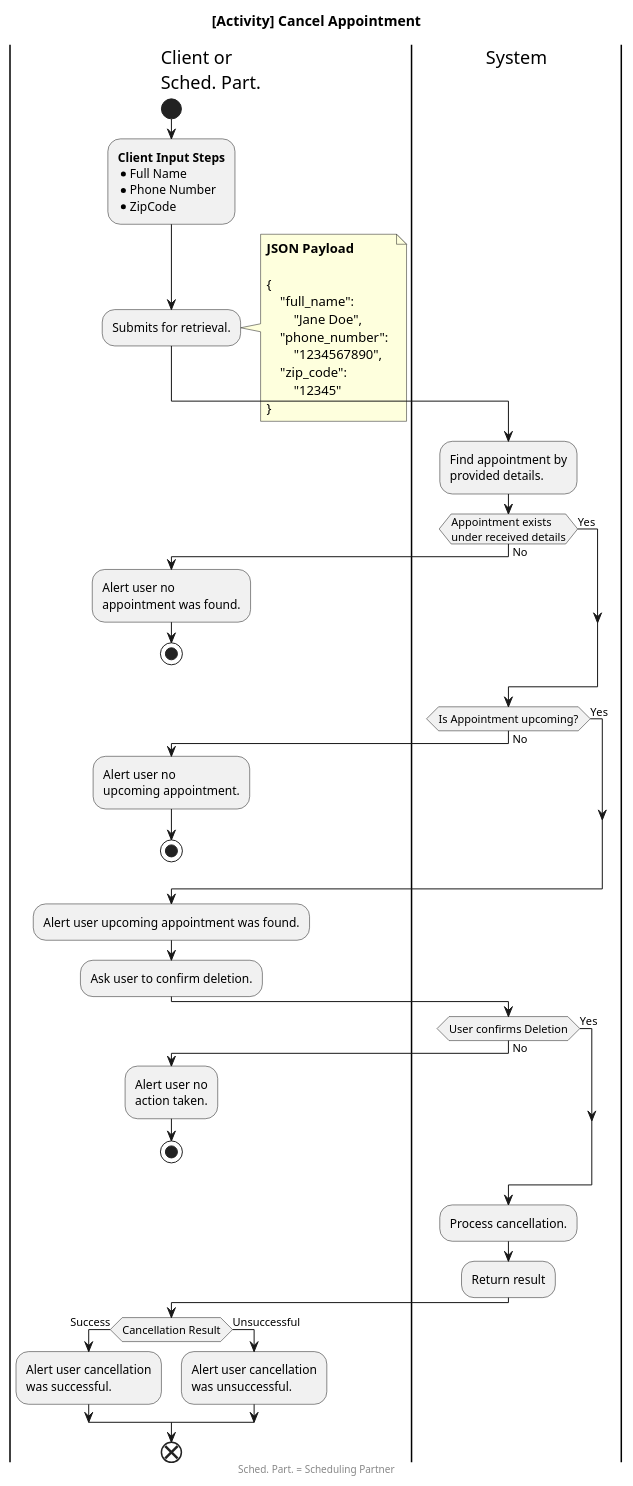
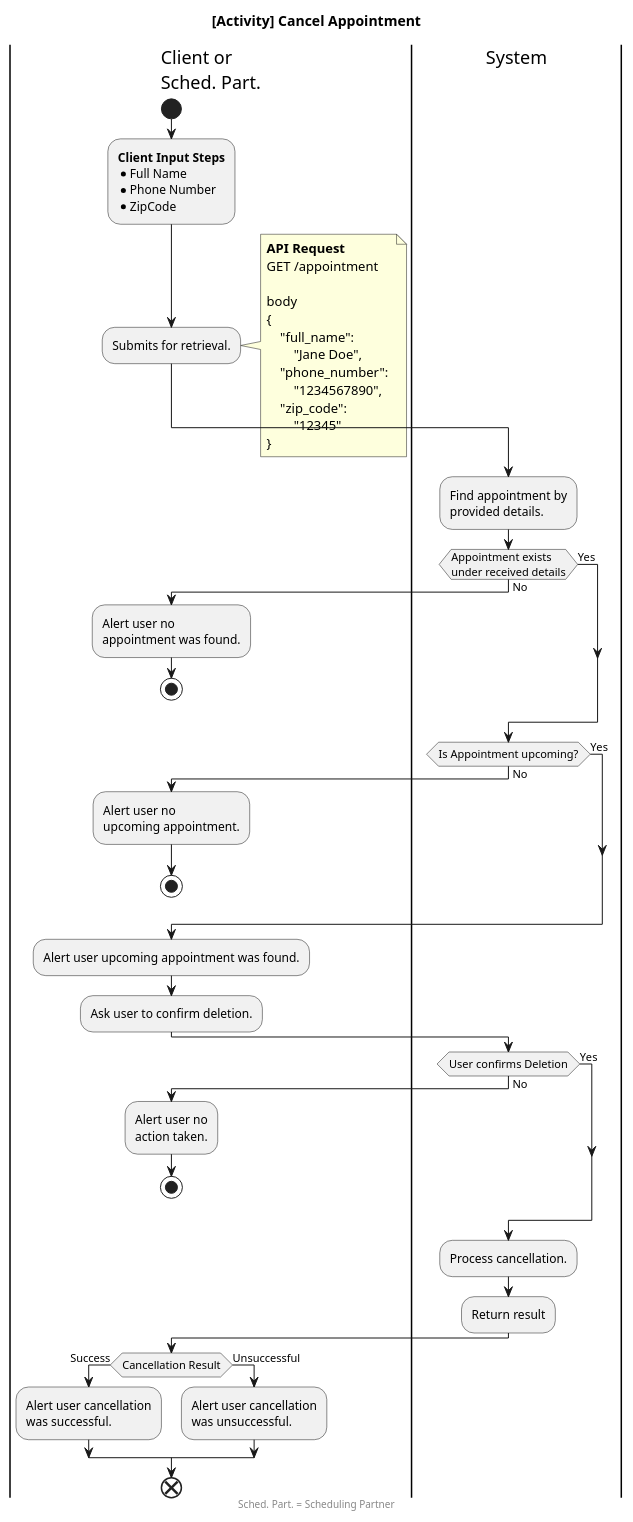
The diagram in diagrams/src/activity_diagrams/cancel_appointment.puml (ItzNxthaniel/cisc260-final-reservation-itznxthaniel), drawn with PlantUML before and after one commit. The commit also changed 1 other file, not shown here.

Commit message:
Refine cancel and screening acitivity diagrams.

```diff
--- a/diagrams/src/activity_diagrams/cancel_appointment.puml
+++ b/diagrams/src/activity_diagrams/cancel_appointment.puml
@@ -1,66 +1,68 @@
 @startuml "[Activity] VITA Reserve - Cancel Appointment"
 skinparam ConditionEndStyle hline
 title "[Activity] Cancel Appointment"
 
 |Client or\nSched. Part.|
 start
 :<b>Client Input Steps</b>
 * Full Name
 * Phone Number
 * ZipCode;
 :Submits for retrieval.;
 note right
-    **JSON Payload**
+    **API Request**
+    GET /appointment
     <font:monospaced>
+    body
     {
         "full_name":
             "Jane Doe",
         "phone_number": 
             "1234567890",
         "zip_code": 
             "12345"
     }
 end note
 
 |System|
 :Find appointment by\nprovided details.;
 if (Appointment exists\nunder received details) then (No) 
     |Client or\nSched. Part.|
     :Alert user no\nappointment was found.;
     stop
 else (Yes)
 endif
 
 |System|
 if (Is Appointment upcoming?) then (No)
     |Client or\nSched. Part.|
     :Alert user no\nupcoming appointment.;
     stop
 else (Yes)
 endif
 
 |Client or\nSched. Part.|
 :Alert user upcoming appointment was found.;
 :Ask user to confirm deletion.;
 
 |System|
 if (User confirms Deletion) then (No)
     |Client or\nSched. Part.|
     :Alert user no\naction taken.;
     stop
 else (Yes)
 endif
 |System|
 :Process cancellation.;
 :Return result;
 
 |Client or\nSched. Part.|
 if (Cancellation Result) then (Success)
     :Alert user cancellation\nwas successful.;
 else (Unsuccessful)
     :Alert user cancellation\nwas unsuccessful.;
 endif
 
 end
 footer Sched. Part. = Scheduling Partner
 @enduml
```
